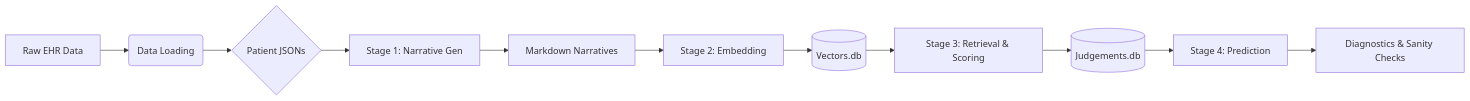
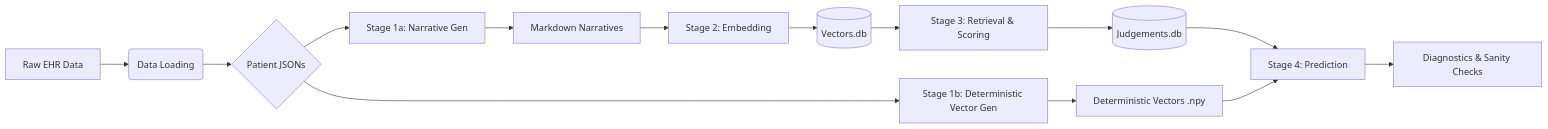
The first of 2 diagrams in research/TRD-EHR/README.md (Pirate-Hunter-Zoro/Atlas), drawn with Mermaid before and after one commit. The commit also changed other lines of this file and 5 other files, not shown here.

Commit message:
vector generation running implemented as well as vector sanity check report

````diff
--- a/research/TRD-EHR/README.md
+++ b/research/TRD-EHR/README.md
@@ -8,15 +8,18 @@
 ```mermaid
 graph LR
     A[Raw EHR Data] --> B(Data Loading)
     B --> C{Patient JSONs}
-    C --> D[Stage 1: Narrative Gen]
-    D --> E[Markdown Narratives]
-    E --> F[Stage 2: Embedding]
-    F --> G[(Vectors.db)]
-    G --> H[Stage 3: Retrieval & Scoring]
-    H --> I[(Judgements.db)]
-    I --> J[Stage 4: Prediction]
-    J --> K[Diagnostics & Sanity Checks]
+    C --> D[Stage 1a: Narrative Gen]
+    C --> E[Stage 1b: Deterministic Vector Gen]
+    D --> F[Markdown Narratives]
+    F --> G[Stage 2: Embedding]
+    G --> H[(Vectors.db)]
+    E --> I[Deterministic Vectors .npy]
+    H --> J[Stage 3: Retrieval & Scoring]
+    J --> K[(Judgements.db)]
+    K --> L[Stage 4: Prediction]
+    I --> L
+    L --> M[Diagnostics & Sanity Checks]
 
 
 ```
````
